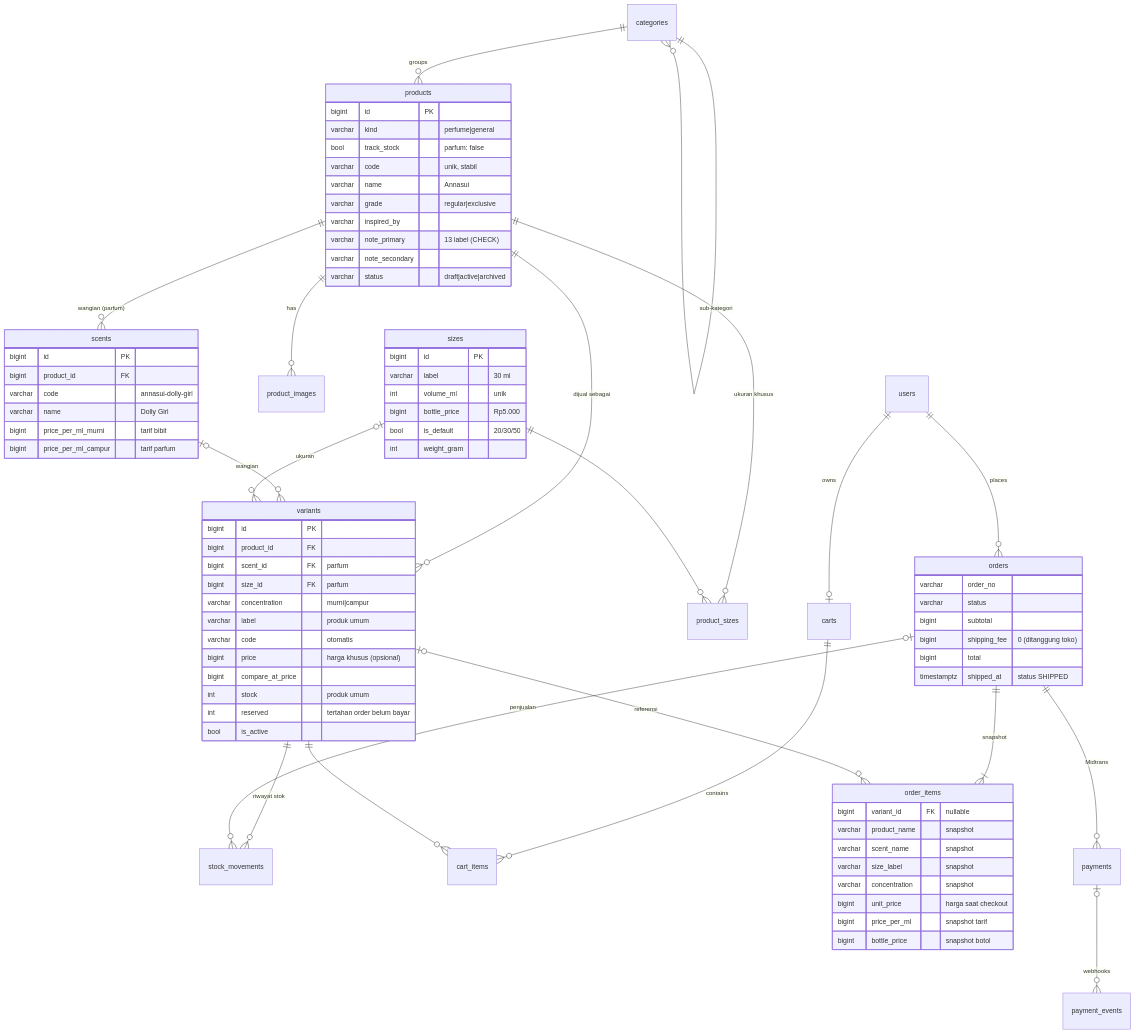
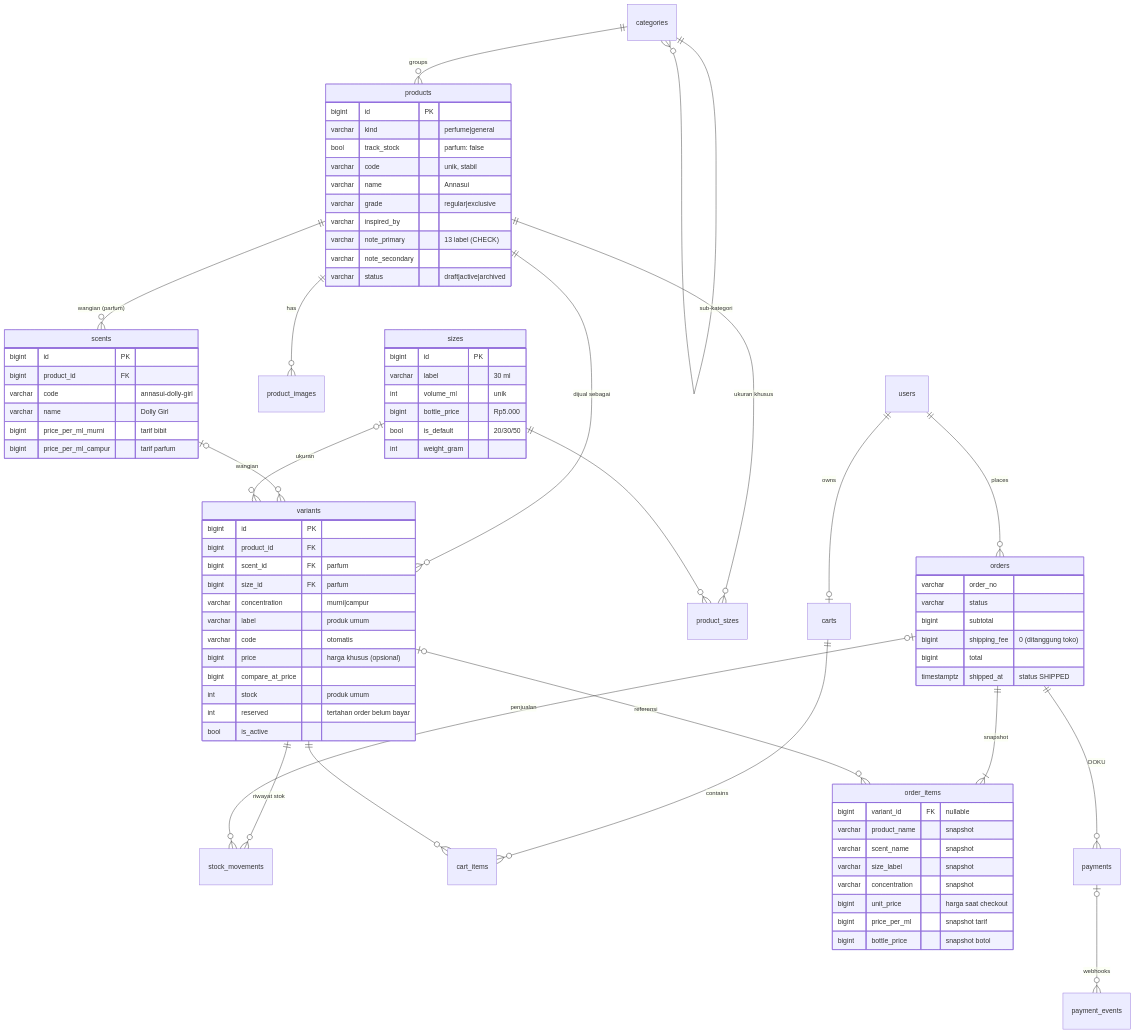
Before and after one commit to JordanAryaLeksana/Station-parfume-backend: the diagram in docs/schema/README.md, drawn with Mermaid. The commit also changed other lines of this file and 23 other files, not shown here.

```diff
--- a/docs/schema/README.md
+++ b/docs/schema/README.md
@@ -71,7 +73,7 @@
     orders ||--|{ order_items : "snapshot"
     variants |o--o{ order_items : "referensi"
     orders |o--o{ stock_movements : "penjualan"
-    orders ||--o{ payments : "Midtrans"
+    orders ||--o{ payments : "DOKU"
     payments |o--o{ payment_events : webhooks
 
     products {
```
